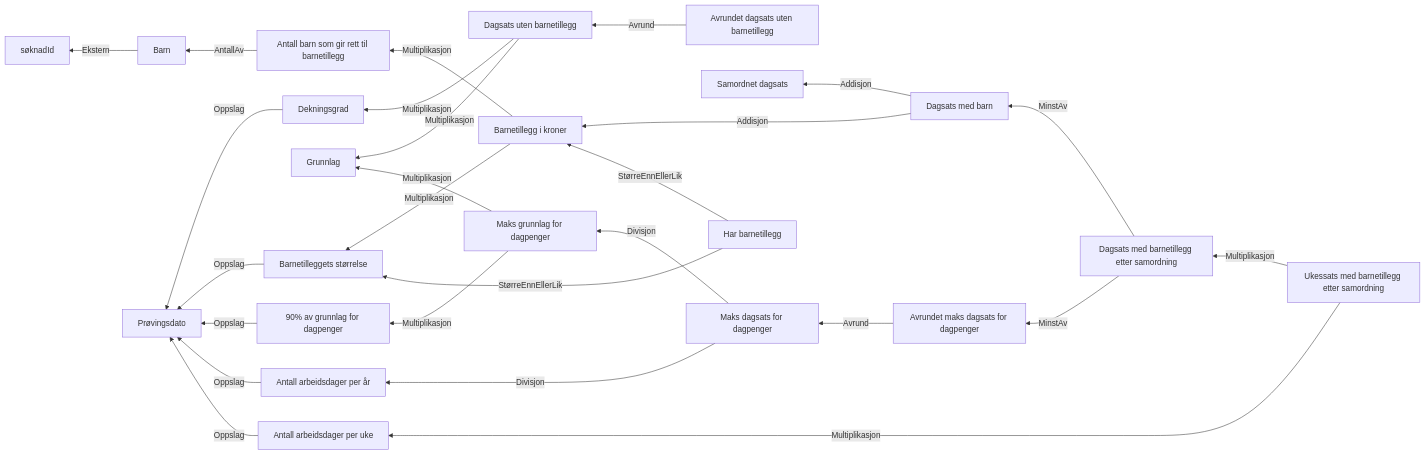
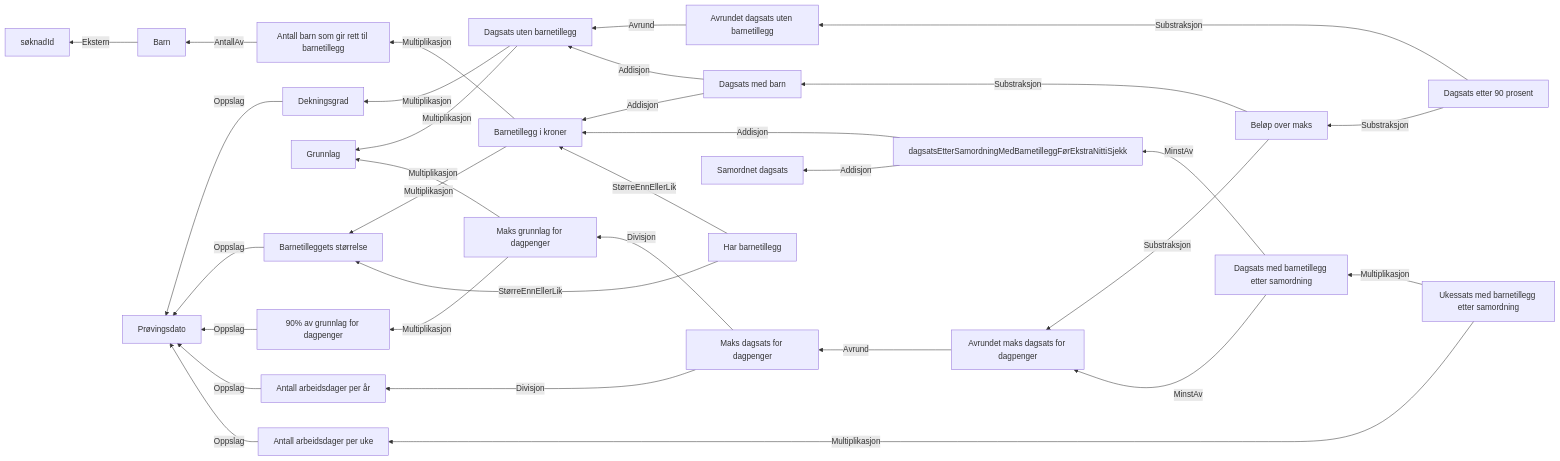
Before and after one commit to navikt/dp-vedtak: the diagram in docs/regler/§ 4-12. Dagpengenes størrelse.approved.md, drawn with Mermaid. The commit also changed 10 other files, not shown here.

````diff
--- a/docs/regler/§ 4-12. Dagpengenes størrelse.approved.md
+++ b/docs/regler/§ 4-12. Dagpengenes størrelse.approved.md
@@ -5,28 +5,34 @@
 ```mermaid
 graph RL
   A["Barn"] -->|"Ekstern"| B["søknadId"]
   C["Antall barn som gir rett til barnetillegg"] -->|"AntallAv"| A["Barn"]
   D["Dekningsgrad"] -->|"Oppslag"| E["Prøvingsdato"]
   F["Dagsats uten barnetillegg"] -->|"Multiplikasjon"| G["Grunnlag"]
   F["Dagsats uten barnetillegg"] -->|"Multiplikasjon"| D["Dekningsgrad"]
   H["Avrundet dagsats uten barnetillegg"] -->|"Avrund"| F["Dagsats uten barnetillegg"]
   I["Barnetilleggets størrelse"] -->|"Oppslag"| E["Prøvingsdato"]
   J["Barnetillegg i kroner"] -->|"Multiplikasjon"| I["Barnetilleggets størrelse"]
   J["Barnetillegg i kroner"] -->|"Multiplikasjon"| C["Antall barn som gir rett til barnetillegg"]
-  K["Dagsats med barn"] -->|"Addisjon"| L["Samordnet dagsats"]
+  K["Dagsats med barn"] -->|"Addisjon"| F["Dagsats uten barnetillegg"]
   K["Dagsats med barn"] -->|"Addisjon"| J["Barnetillegg i kroner"]
-  M["90% av grunnlag for dagpenger"] -->|"Oppslag"| E["Prøvingsdato"]
-  N["Antall arbeidsdager per år"] -->|"Oppslag"| E["Prøvingsdato"]
-  O["Maks grunnlag for dagpenger"] -->|"Multiplikasjon"| G["Grunnlag"]
-  O["Maks grunnlag for dagpenger"] -->|"Multiplikasjon"| M["90% av grunnlag for dagpenger"]
-  P["Maks dagsats for dagpenger"] -->|"Divisjon"| O["Maks grunnlag for dagpenger"]
-  P["Maks dagsats for dagpenger"] -->|"Divisjon"| N["Antall arbeidsdager per år"]
-  Q["Avrundet maks dagsats for dagpenger"] -->|"Avrund"| P["Maks dagsats for dagpenger"]
-  R["Dagsats med barnetillegg etter samordning"] -->|"MinstAv"| Q["Avrundet maks dagsats for dagpenger"]
-  R["Dagsats med barnetillegg etter samordning"] -->|"MinstAv"| K["Dagsats med barn"]
-  S["Antall arbeidsdager per uke"] -->|"Oppslag"| E["Prøvingsdato"]
-  T["Ukessats med barnetillegg etter samordning"] -->|"Multiplikasjon"| R["Dagsats med barnetillegg etter samordning"]
-  T["Ukessats med barnetillegg etter samordning"] -->|"Multiplikasjon"| S["Antall arbeidsdager per uke"]
-  U["Har barnetillegg"] -->|"StørreEnnEllerLik"| J["Barnetillegg i kroner"]
-  U["Har barnetillegg"] -->|"StørreEnnEllerLik"| I["Barnetilleggets størrelse"]
+  L["90% av grunnlag for dagpenger"] -->|"Oppslag"| E["Prøvingsdato"]
+  M["Antall arbeidsdager per år"] -->|"Oppslag"| E["Prøvingsdato"]
+  N["Maks grunnlag for dagpenger"] -->|"Multiplikasjon"| G["Grunnlag"]
+  N["Maks grunnlag for dagpenger"] -->|"Multiplikasjon"| L["90% av grunnlag for dagpenger"]
+  O["Maks dagsats for dagpenger"] -->|"Divisjon"| N["Maks grunnlag for dagpenger"]
+  O["Maks dagsats for dagpenger"] -->|"Divisjon"| M["Antall arbeidsdager per år"]
+  P["Avrundet maks dagsats for dagpenger"] -->|"Avrund"| O["Maks dagsats for dagpenger"]
+  Q["Beløp over maks"] -->|"Substraksjon"| K["Dagsats med barn"]
+  Q["Beløp over maks"] -->|"Substraksjon"| P["Avrundet maks dagsats for dagpenger"]
+  R["Dagsats etter 90 prosent"] -->|"Substraksjon"| H["Avrundet dagsats uten barnetillegg"]
+  R["Dagsats etter 90 prosent"] -->|"Substraksjon"| Q["Beløp over maks"]
+  S["dagsatsEtterSamordningMedBarnetilleggFørEkstraNittiSjekk"] -->|"Addisjon"| T["Samordnet dagsats"]
+  S["dagsatsEtterSamordningMedBarnetilleggFørEkstraNittiSjekk"] -->|"Addisjon"| J["Barnetillegg i kroner"]
+  U["Dagsats med barnetillegg etter samordning"] -->|"MinstAv"| S["dagsatsEtterSamordningMedBarnetilleggFørEkstraNittiSjekk"]
+  U["Dagsats med barnetillegg etter samordning"] -->|"MinstAv"| P["Avrundet maks dagsats for dagpenger"]
+  V["Antall arbeidsdager per uke"] -->|"Oppslag"| E["Prøvingsdato"]
+  W["Ukessats med barnetillegg etter samordning"] -->|"Multiplikasjon"| U["Dagsats med barnetillegg etter samordning"]
+  W["Ukessats med barnetillegg etter samordning"] -->|"Multiplikasjon"| V["Antall arbeidsdager per uke"]
+  X["Har barnetillegg"] -->|"StørreEnnEllerLik"| J["Barnetillegg i kroner"]
+  X["Har barnetillegg"] -->|"StørreEnnEllerLik"| I["Barnetilleggets størrelse"]
 ```
````
